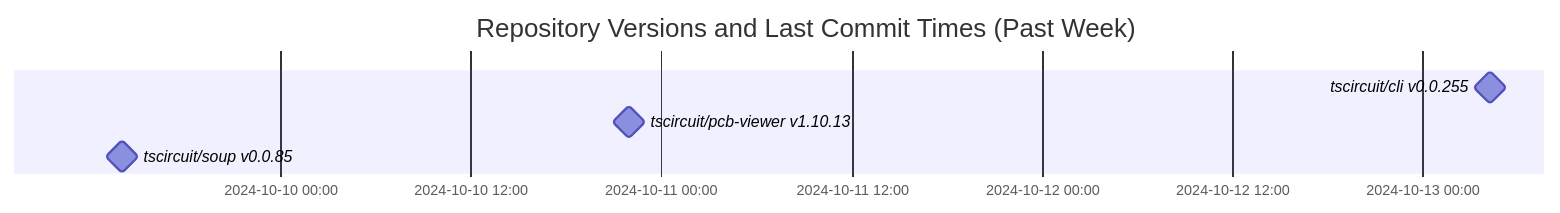
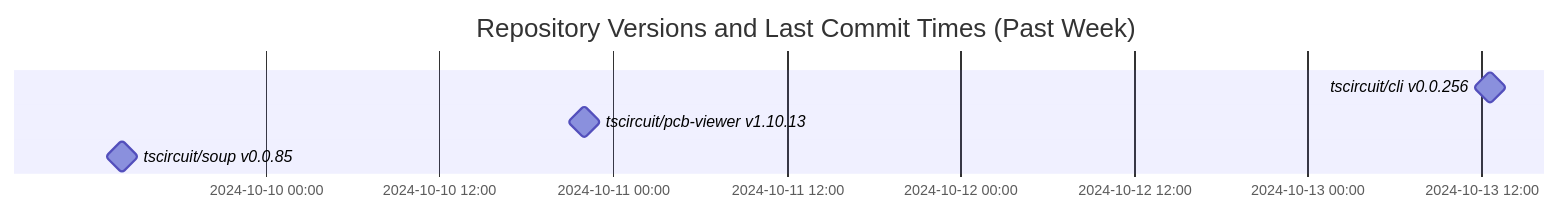
One commit to tscircuit/version-tracker changed the diagram in README.md. Above: the diagram before and after it, drawn with Mermaid.

Commit message:
Update chart

````diff
--- a/README.md
+++ b/README.md
@@ -1,10 +1,10 @@
 ```mermaid
 gantt
   dateFormat  YYYY-MM-DD HH:mm:ss
   title Repository Versions and Last Commit Times (Past Week)
   axisFormat %Y-%m-%d %H:%M
 
-  tscircuit/cli v0.0.255 : milestone, 2024-10-13 04:13:22, 1s
+  tscircuit/cli v0.0.256 : milestone, 2024-10-13 12:37:34, 1s
   tscircuit/pcb-viewer v1.10.13 : milestone, 2024-10-10 21:59:08, 1s
   tscircuit/soup v0.0.85 : milestone, 2024-10-09 14:03:06, 1s
 ```
````
